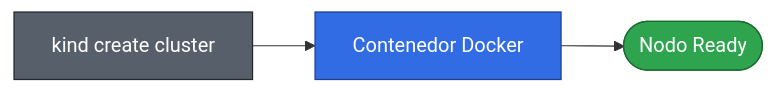
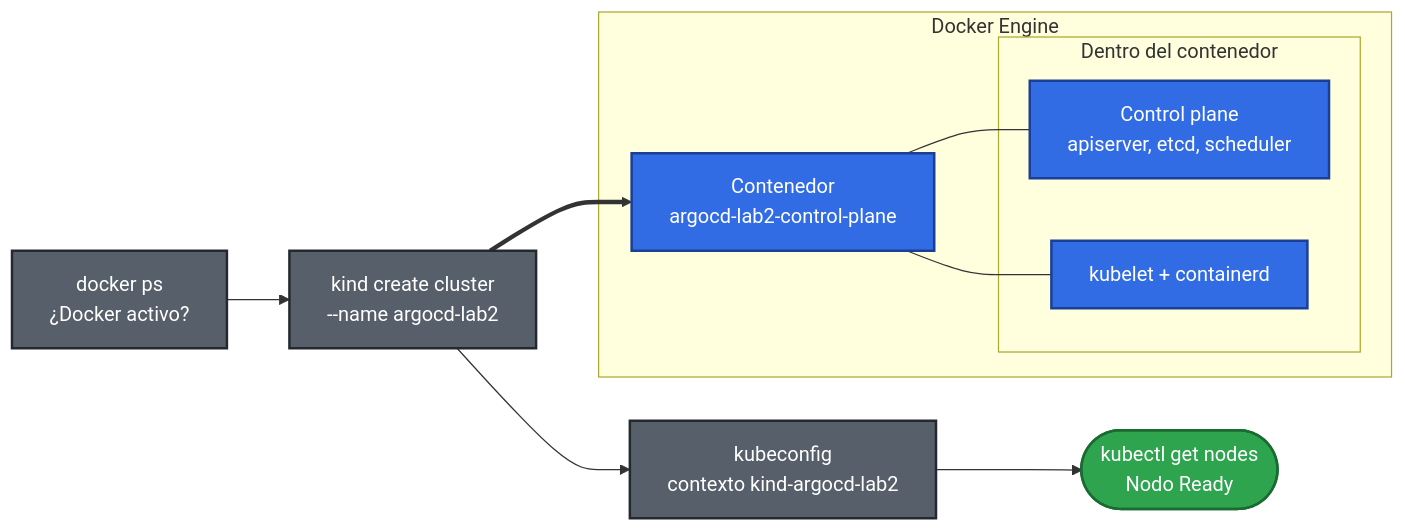
The third of 17 diagrams in Fase5/WS_7/RUNBOOK.md (jgaragorry/sre-linux-mastery), drawn with Mermaid before and after one commit. The commit also changed other lines of this file and 1 other file, not shown here.

````diff
--- a/Fase5/WS_7/RUNBOOK.md
+++ b/Fase5/WS_7/RUNBOOK.md
@@ -25,13 +142,22 @@
 ```mermaid
 flowchart LR
-    classDef cmd fill:#57606A,stroke:#24292F,color:#fff
-    classDef k8s fill:#326CE5,stroke:#1B3F94,color:#fff
-    classDef ok fill:#2EA44F,stroke:#1A6B31,color:#fff
+    classDef cmd fill:#57606A,stroke:#24292F,color:#fff,stroke-width:2px
+    classDef k8s fill:#326CE5,stroke:#1B3F94,color:#fff,stroke-width:2px
+    classDef ok fill:#2EA44F,stroke:#1A6B31,color:#fff,stroke-width:2px
 
-    C[kind create cluster] --> N[Contenedor Docker]
-    N --> V([Nodo Ready])
+    D["docker ps<br/>¿Docker activo?"]:::cmd --> C["kind create cluster<br/>--name argocd-lab2"]:::cmd
 
-    class C cmd
-    class N k8s
-    class V ok
+    subgraph DOCKER["Docker Engine"]
+        N["Contenedor<br/>argocd-lab2-control-plane"]:::k8s
+        subgraph INSIDE["Dentro del contenedor"]
+            CP["Control plane<br/>apiserver, etcd, scheduler"]:::k8s
+            KL["kubelet + containerd"]:::k8s
+        end
+    end
+
+    C ==> N
+    N --- CP
+    N --- KL
+    C --> CTX["kubeconfig<br/>contexto kind-argocd-lab2"]:::cmd
+    CTX --> V(["kubectl get nodes<br/>Nodo Ready"]):::ok
 ```
````
